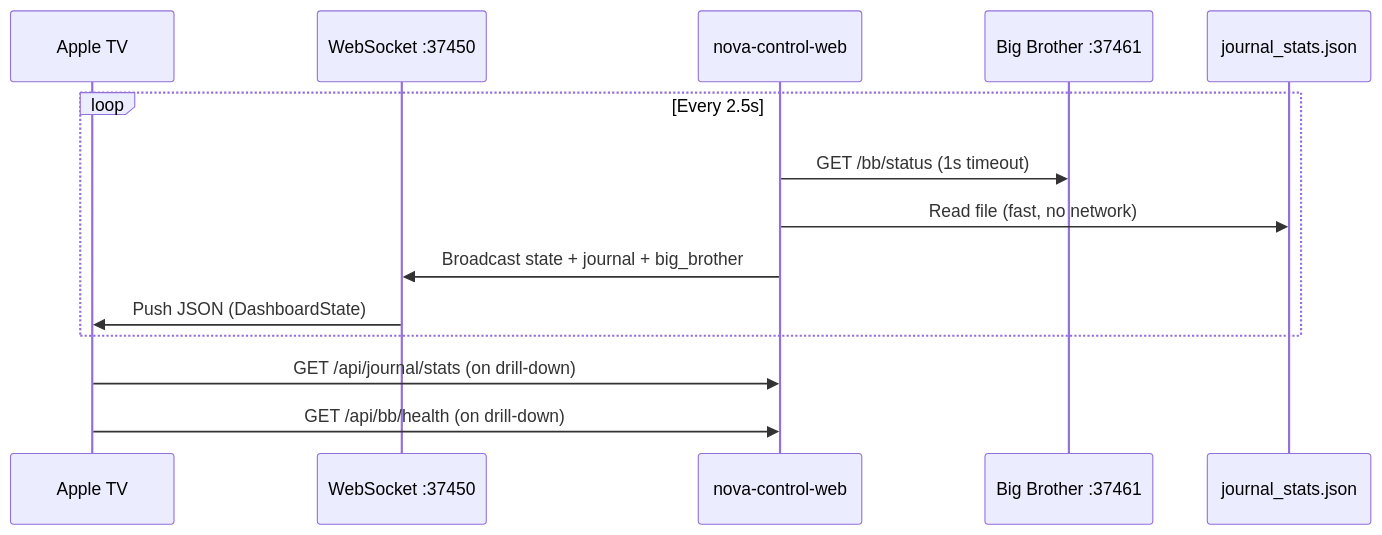
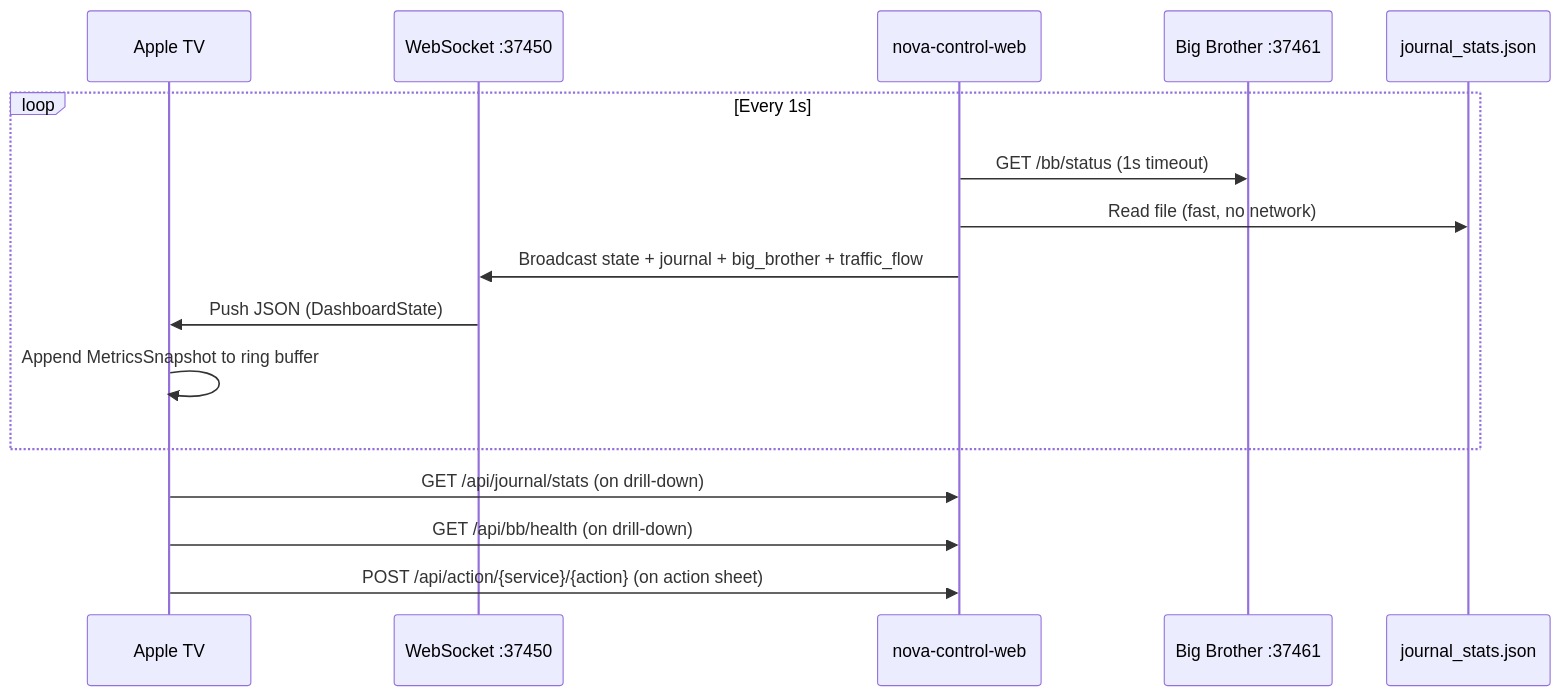
Before and after one commit to kochj23/NovaTV: the second of 3 diagrams in README.md, drawn with Mermaid. The commit also changed other lines of this file, not shown here.

````diff
--- a/README.md
+++ b/README.md
@@ -93,18 +123,20 @@
 ```mermaid
 sequenceDiagram
     participant TV as Apple TV
     participant WS as WebSocket :37450
     participant NCW as nova-control-web
     participant BB as Big Brother :37461
     participant JS as journal_stats.json
 
-    loop Every 2.5s
+    loop Every 1s
         NCW->>BB: GET /bb/status (1s timeout)
         NCW->>JS: Read file (fast, no network)
-        NCW->>WS: Broadcast state + journal + big_brother
+        NCW->>WS: Broadcast state + journal + big_brother + traffic_flow
         WS->>TV: Push JSON (DashboardState)
+        TV->>TV: Append MetricsSnapshot to ring buffer
     end
 
     TV->>NCW: GET /api/journal/stats (on drill-down)
     TV->>NCW: GET /api/bb/health (on drill-down)
+    TV->>NCW: POST /api/action/{service}/{action} (on action sheet)
 ```
````
